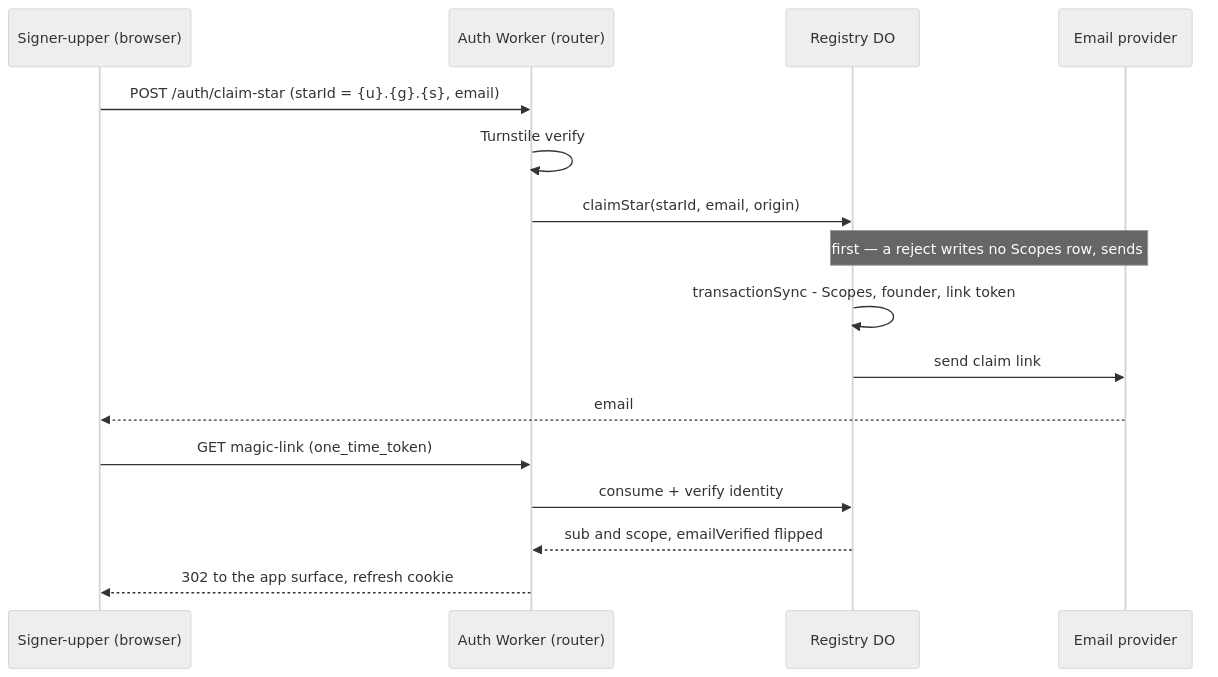
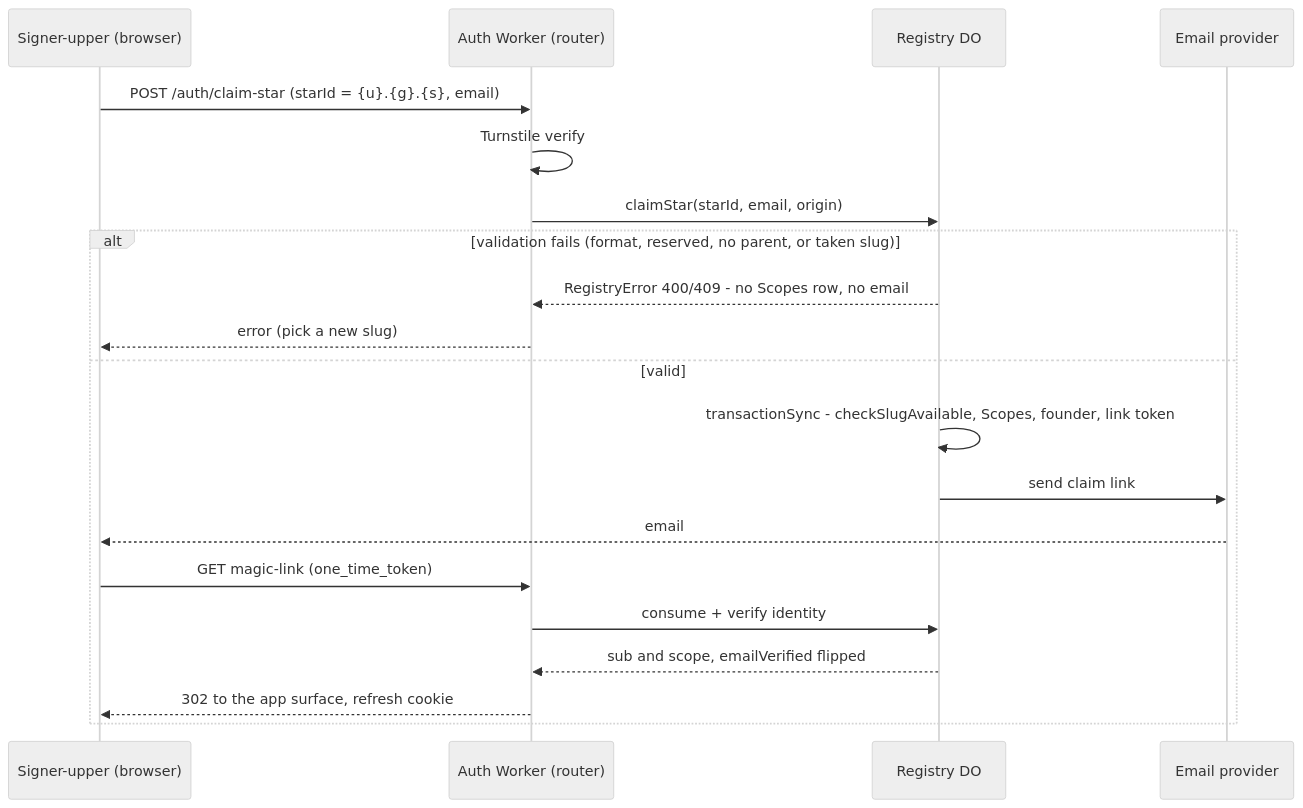
One commit to lumenize/lumenize changed the diagram in tasks/nebula-star-founder-provisioning.md. Above: the diagram before and after it, drawn with Mermaid (neutral theme). The commit also changed other lines of this file, not shown here.

First paragraph of the commit message:
docs(star-founder): failure-alt diagram, email-context flag, relabel + dangling-ref fixes
Larry's review turn on the §Who owns what flow.

````diff
--- a/tasks/nebula-star-founder-provisioning.md
+++ b/tasks/nebula-star-founder-provisioning.md
@@ -45,18 +45,22 @@
 ```mermaid
 sequenceDiagram
     participant U as Signer-upper (browser)
     participant W as Auth Worker (router)
     participant R as Registry DO
     participant M as Email provider
     U->>W: POST /auth/claim-star (starId = {u}.{g}.{s}, email)
     W->>W: Turnstile verify
     W->>R: claimStar(starId, email, origin)
-    Note over R,M: validate first — a reject writes no Scopes row, sends no email
-    R->>R: transactionSync - Scopes, founder, link token
-    R->>M: send claim link
-    M-->>U: email
-    U->>W: GET magic-link (one_time_token)
-    W->>R: consume + verify identity
-    R-->>W: sub and scope, emailVerified flipped
-    W-->>U: 302 to the app surface, refresh cookie
+    alt validation fails (format, reserved, no parent, or taken slug)
+        R-->>W: RegistryError 400/409 - no Scopes row, no email
+        W-->>U: error (pick a new slug)
+    else valid
+        R->>R: transactionSync - checkSlugAvailable, Scopes, founder, link token
+        R->>M: send claim link
+        M-->>U: email
+        U->>W: GET magic-link (one_time_token)
+        W->>R: consume + verify identity
+        R-->>W: sub and scope, emailVerified flipped
+        W-->>U: 302 to the app surface, refresh cookie
+    end
 ```
````
